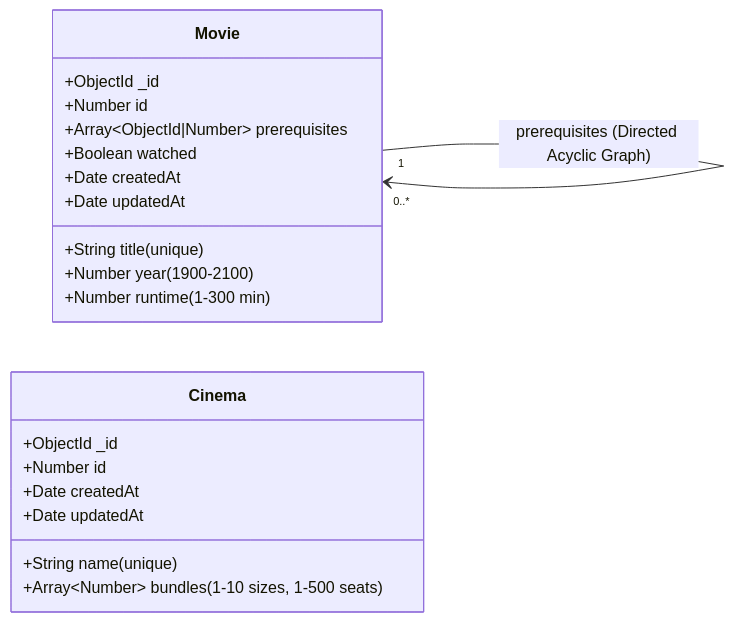
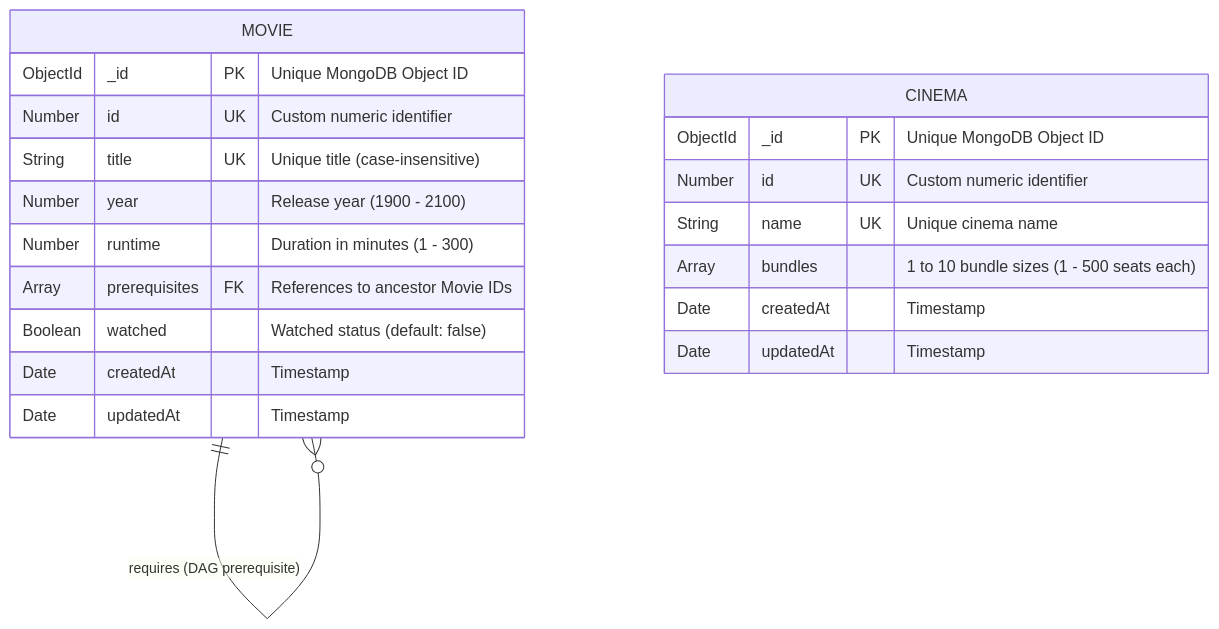
Before and after one commit to apponislam/doomsday-ready: the second of 2 diagrams in README.md, drawn with Mermaid. The commit also changed other lines of this file, not shown here.

Commit message:
update architecture, data model, and indexing details in README

````diff
--- a/README.md
+++ b/README.md
@@ -50,27 +91,24 @@
 ```mermaid
-classDiagram
-    direction LR
-
-    class Movie {
-        +ObjectId _id
-        +Number id
-        +String title (unique)
-        +Number year (1900-2100)
-        +Number runtime (1-300 min)
-        +Array~ObjectId|Number~ prerequisites
-        +Boolean watched
-        +Date createdAt
-        +Date updatedAt
+erDiagram
+    MOVIE ||--o{ MOVIE : "requires (DAG prerequisite)"
+    MOVIE {
+        ObjectId _id PK "Unique MongoDB Object ID"
+        Number id UK "Custom numeric identifier"
+        String title UK "Unique title (case-insensitive)"
+        Number year "Release year (1900 - 2100)"
+        Number runtime "Duration in minutes (1 - 300)"
+        Array prerequisites FK "References to ancestor Movie IDs"
+        Boolean watched "Watched status (default: false)"
+        Date createdAt "Timestamp"
+        Date updatedAt "Timestamp"
     }
 
-    class Cinema {
-        +ObjectId _id
-        +Number id
-        +String name (unique)
-        +Array~Number~ bundles (1-10 sizes, 1-500 seats)
-        +Date createdAt
-        +Date updatedAt
+    CINEMA {
+        ObjectId _id PK "Unique MongoDB Object ID"
+        Number id UK "Custom numeric identifier"
+        String name UK "Unique cinema name"
+        Array bundles "1 to 10 bundle sizes (1 - 500 seats each)"
+        Date createdAt "Timestamp"
+        Date updatedAt "Timestamp"
     }
-
-    Movie "1" --> "0..*" Movie : prerequisites (Directed Acyclic Graph)
 ```
````
